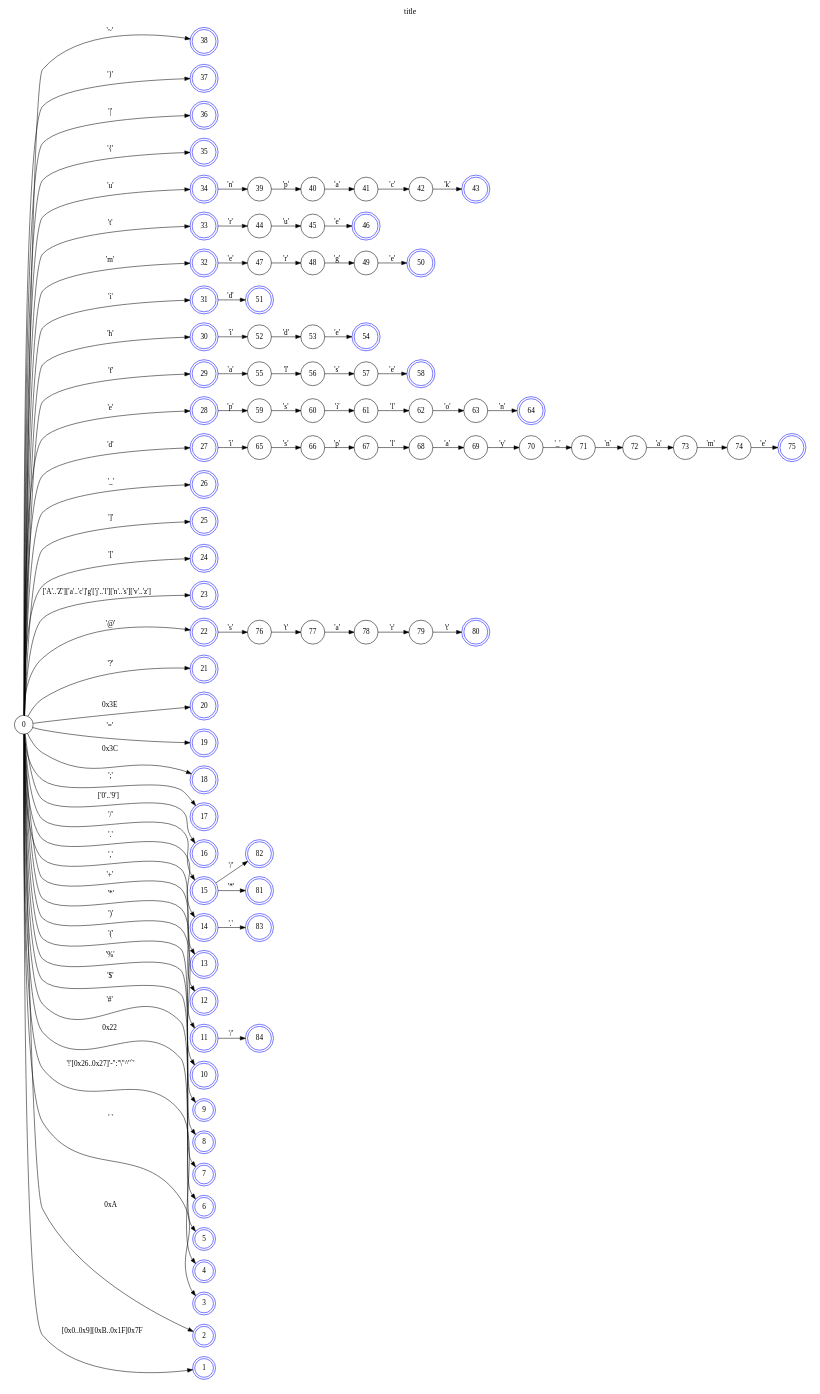
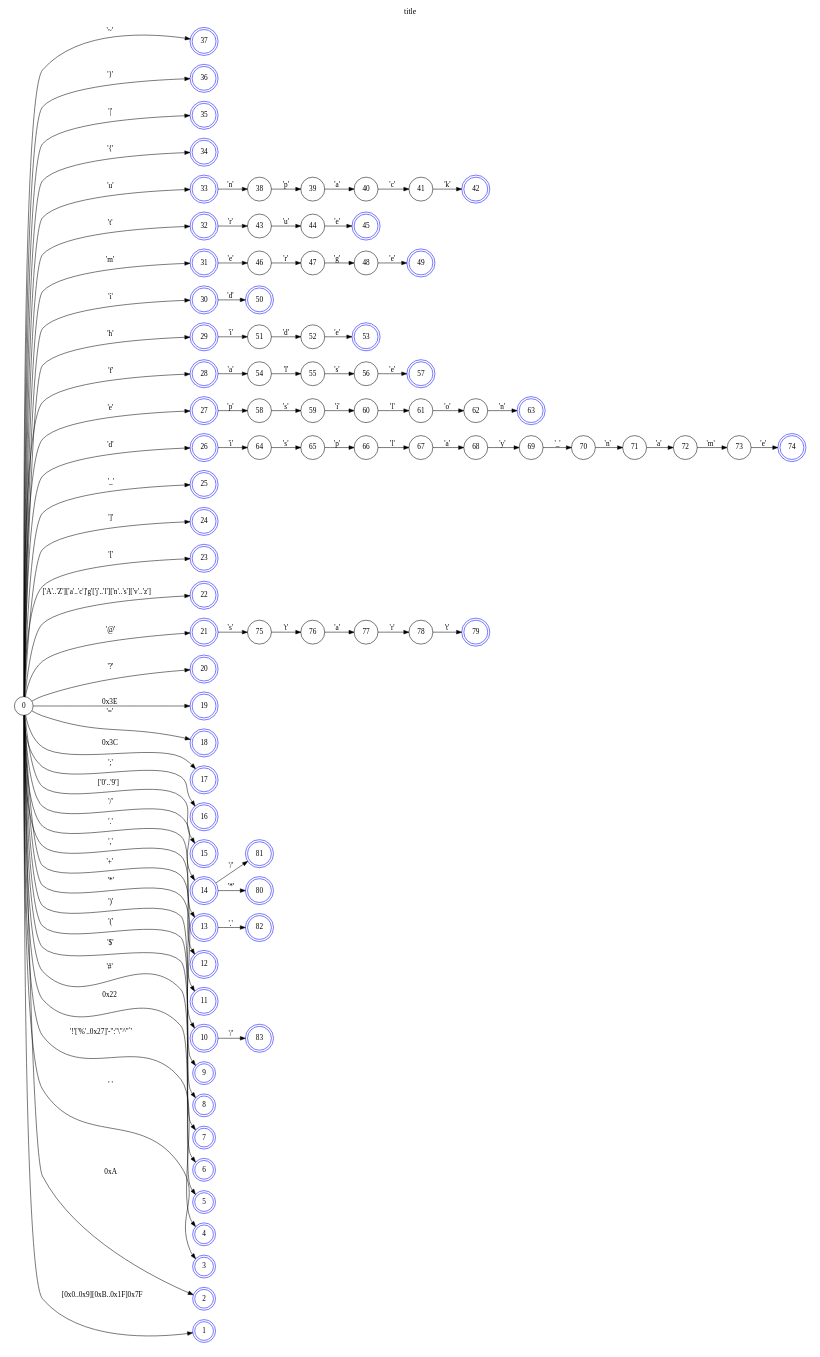
One commit to PsiMasTho/pmt_pika_prs_gen changed the diagram in src/pmt/parser/grammar/terminal_graph.dot. Above: the diagram before and after it, drawn with Graphviz. The commit also changed 49 other files, not shown here.

```diff
--- a/src/pmt/parser/grammar/terminal_graph.dot
+++ b/src/pmt/parser/grammar/terminal_graph.dot
@@ -1,102 +1,101 @@
-/* Generated on: 2026-01-12 21:30:54 */
+/* Generated on: 2026-01-12 22:21:19 */
 
 digraph finite_state_machine {
  rankdir=LR;
  subgraph cluster_states {
  peripheries=0
 
  node [shape=doublecircle, color="#0000ff"]
- 1 2 3 4 5 6 7 8 9 10 11 12 13 14 15 16 17 18 19 20 21 22 23 24 25 26 27 28 29 30 31 32 33 34 35 36 37 38 43 46 50 51 54 58 64 75 80 81 82 83 84
+ 1 2 3 4 5 6 7 8 9 10 11 12 13 14 15 16 17 18 19 20 21 22 23 24 25 26 27 28 29 30 31 32 33 34 35 36 37 42 45 49 50 53 57 63 74 79 80 81 82 83
  node [shape=circle, color="#000000"]
  edge [color="#00ff00"]
  
  edge [color="#000000", style=solid]
- 79 -> 80 [label=<<font color="#000000">'t'</font>>]
- 78 -> 79 [label=<<font color="#000000">'r'</font>>]
- 77 -> 78 [label=<<font color="#000000">'a'</font>>]
- 76 -> 77 [label=<<font color="#000000">'t'</font>>]
- 72 -> 73 [label=<<font color="#000000">'a'</font>>]
- 71 -> 72 [label=<<font color="#000000">'n'</font>>]
- 69 -> 70 [label=<<font color="#000000">'y'</font>>]
- 68 -> 69 [label=<<font color="#000000">'a'</font>>]
- 67 -> 68 [label=<<font color="#000000">'l'</font>>]
- 66 -> 67 [label=<<font color="#000000">'p'</font>>]
- 65 -> 66 [label=<<font color="#000000">'s'</font>>]
- 63 -> 64 [label=<<font color="#000000">'n'</font>>]
- 62 -> 63 [label=<<font color="#000000">'o'</font>>]
- 61 -> 62 [label=<<font color="#000000">'l'</font>>]
- 34 -> 39 [label=<<font color="#000000">'n'</font>>]
- 33 -> 44 [label=<<font color="#000000">'r'</font>>]
- 32 -> 47 [label=<<font color="#000000">'e'</font>>]
- 31 -> 51 [label=<<font color="#000000">'d'</font>>]
- 60 -> 61 [label=<<font color="#000000">'i'</font>>]
- 30 -> 52 [label=<<font color="#000000">'i'</font>>]
- 29 -> 55 [label=<<font color="#000000">'a'</font>>]
- 59 -> 60 [label=<<font color="#000000">'s'</font>>]
- 0 -> 29 [label=<<font color="#000000">'f'</font>>]
- 0 -> 28 [label=<<font color="#000000">'e'</font>>]
- 0 -> 27 [label=<<font color="#000000">'d'</font>>]
- 0 -> 26 [label=<<font color="#000000">'_'</font>>]
- 0 -> 25 [label=<<font color="#000000">']'</font>>]
- 0 -> 24 [label=<<font color="#000000">'['</font>>]
- 0 -> 23 [label=<<font color="#000000">['A'..'Z']['a'..'c']'g'['j'..'l']['n'..'s']['v'..'z']</font>>]
- 0 -> 22 [label=<<font color="#000000">'@'</font>>]
- 0 -> 21 [label=<<font color="#000000">'?'</font>>]
- 0 -> 13 [label=<<font color="#000000">','</font>>]
- 0 -> 30 [label=<<font color="#000000">'h'</font>>]
+ 78 -> 79 [label=<<font color="#000000">'t'</font>>]
+ 77 -> 78 [label=<<font color="#000000">'r'</font>>]
+ 76 -> 77 [label=<<font color="#000000">'a'</font>>]
+ 75 -> 76 [label=<<font color="#000000">'t'</font>>]
+ 71 -> 72 [label=<<font color="#000000">'a'</font>>]
+ 70 -> 71 [label=<<font color="#000000">'n'</font>>]
+ 68 -> 69 [label=<<font color="#000000">'y'</font>>]
+ 67 -> 68 [label=<<font color="#000000">'a'</font>>]
+ 66 -> 67 [label=<<font color="#000000">'l'</font>>]
+ 65 -> 66 [label=<<font color="#000000">'p'</font>>]
+ 64 -> 65 [label=<<font color="#000000">'s'</font>>]
+ 62 -> 63 [label=<<font color="#000000">'n'</font>>]
+ 61 -> 62 [label=<<font color="#000000">'o'</font>>]
+ 60 -> 61 [label=<<font color="#000000">'l'</font>>]
+ 33 -> 38 [label=<<font color="#000000">'n'</font>>]
+ 32 -> 43 [label=<<font color="#000000">'r'</font>>]
+ 31 -> 46 [label=<<font color="#000000">'e'</font>>]
+ 30 -> 50 [label=<<font color="#000000">'d'</font>>]
+ 29 -> 51 [label=<<font color="#000000">'i'</font>>]
+ 59 -> 60 [label=<<font color="#000000">'i'</font>>]
+ 0 -> 29 [label=<<font color="#000000">'h'</font>>]
+ 0 -> 28 [label=<<font color="#000000">'f'</font>>]
+ 0 -> 27 [label=<<font color="#000000">'e'</font>>]
+ 0 -> 26 [label=<<font color="#000000">'d'</font>>]
+ 0 -> 25 [label=<<font color="#000000">'_'</font>>]
+ 0 -> 24 [label=<<font color="#000000">']'</font>>]
+ 0 -> 23 [label=<<font color="#000000">'['</font>>]
+ 0 -> 22 [label=<<font color="#000000">['A'..'Z']['a'..'c']'g'['j'..'l']['n'..'s']['v'..'z']</font>>]
+ 0 -> 12 [label=<<font color="#000000">','</font>>]
+ 0 -> 13 [label=<<font color="#000000">'.'</font>>]
+ 0 -> 30 [label=<<font color="#000000">'i'</font>>]
  0 -> 1 [label=<<font color="#000000">[0x0..0x9][0xB..0x1F]0x7F</font>>]
- 0 -> 31 [label=<<font color="#000000">'i'</font>>]
+ 0 -> 31 [label=<<font color="#000000">'m'</font>>]
  0 -> 2 [label=<<font color="#000000">0xA</font>>]
- 0 -> 32 [label=<<font color="#000000">'m'</font>>]
+ 0 -> 32 [label=<<font color="#000000">'t'</font>>]
  0 -> 3 [label=<<font color="#000000">' '</font>>]
- 0 -> 33 [label=<<font color="#000000">'t'</font>>]
- 0 -> 4 [label=<<font color="#000000">'!'[0x26..0x27]'-'':''\''^''`'</font>>]
- 0 -> 34 [label=<<font color="#000000">'u'</font>>]
+ 0 -> 33 [label=<<font color="#000000">'u'</font>>]
+ 0 -> 4 [label=<<font color="#000000">'!'['%'..0x27]'-'':''\''^''`'</font>>]
+ 0 -> 34 [label=<<font color="#000000">'{'</font>>]
  0 -> 5 [label=<<font color="#000000">0x22</font>>]
- 0 -> 35 [label=<<font color="#000000">'{'</font>>]
+ 0 -> 9 [label=<<font color="#000000">')'</font>>]
+ 0 -> 35 [label=<<font color="#000000">'|'</font>>]
  0 -> 6 [label=<<font color="#000000">'#'</font>>]
- 0 -> 10 [label=<<font color="#000000">')'</font>>]
- 0 -> 36 [label=<<font color="#000000">'|'</font>>]
+ 0 -> 10 [label=<<font color="#000000">'*'</font>>]
+ 0 -> 36 [label=<<font color="#000000">'}'</font>>]
  0 -> 7 [label=<<font color="#000000">'$'</font>>]
- 0 -> 11 [label=<<font color="#000000">'*'</font>>]
- 0 -> 37 [label=<<font color="#000000">'}'</font>>]
- 0 -> 8 [label=<<font color="#000000">'%'</font>>]
- 0 -> 12 [label=<<font color="#000000">'+'</font>>]
- 0 -> 38 [label=<<font color="#000000">'~'</font>>]
- 0 -> 9 [label=<<font color="#000000">'('</font>>]
- 0 -> 14 [label=<<font color="#000000">'.'</font>>]
- 0 -> 15 [label=<<font color="#000000">'/'</font>>]
- 0 -> 16 [label=<<font color="#000000">['0'..'9']</font>>]
- 0 -> 17 [label=<<font color="#000000">';'</font>>]
- 0 -> 18 [label=<<font color="#000000">0x3C</font>>]
- 0 -> 19 [label=<<font color="#000000">'='</font>>]
- 0 -> 20 [label=<<font color="#000000">0x3E</font>>]
- 22 -> 76 [label=<<font color="#000000">'s'</font>>]
- 28 -> 59 [label=<<font color="#000000">'p'</font>>]
- 57 -> 58 [label=<<font color="#000000">'e'</font>>]
- 74 -> 75 [label=<<font color="#000000">'e'</font>>]
- 15 -> 81 [label=<<font color="#000000">'*'</font>>]
- 15 -> 82 [label=<<font color="#000000">'/'</font>>]
- 44 -> 45 [label=<<font color="#000000">'u'</font>>]
- 27 -> 65 [label=<<font color="#000000">'i'</font>>]
- 56 -> 57 [label=<<font color="#000000">'s'</font>>]
- 73 -> 74 [label=<<font color="#000000">'m'</font>>]
- 14 -> 83 [label=<<font color="#000000">'.'</font>>]
- 70 -> 71 [label=<<font color="#000000">'_'</font>>]
- 11 -> 84 [label=<<font color="#000000">'/'</font>>]
- 40 -> 41 [label=<<font color="#000000">'a'</font>>]
- 39 -> 40 [label=<<font color="#000000">'p'</font>>]
- 41 -> 42 [label=<<font color="#000000">'c'</font>>]
- 42 -> 43 [label=<<font color="#000000">'k'</font>>]
- 45 -> 46 [label=<<font color="#000000">'e'</font>>]
- 47 -> 48 [label=<<font color="#000000">'r'</font>>]
- 48 -> 49 [label=<<font color="#000000">'g'</font>>]
- 49 -> 50 [label=<<font color="#000000">'e'</font>>]
- 52 -> 53 [label=<<font color="#000000">'d'</font>>]
- 53 -> 54 [label=<<font color="#000000">'e'</font>>]
- 55 -> 56 [label=<<font color="#000000">'l'</font>>]
+ 0 -> 11 [label=<<font color="#000000">'+'</font>>]
+ 0 -> 37 [label=<<font color="#000000">'~'</font>>]
+ 0 -> 8 [label=<<font color="#000000">'('</font>>]
+ 0 -> 14 [label=<<font color="#000000">'/'</font>>]
+ 0 -> 15 [label=<<font color="#000000">['0'..'9']</font>>]
+ 0 -> 16 [label=<<font color="#000000">';'</font>>]
+ 0 -> 17 [label=<<font color="#000000">0x3C</font>>]
+ 0 -> 18 [label=<<font color="#000000">'='</font>>]
+ 0 -> 19 [label=<<font color="#000000">0x3E</font>>]
+ 0 -> 20 [label=<<font color="#000000">'?'</font>>]
+ 0 -> 21 [label=<<font color="#000000">'@'</font>>]
+ 58 -> 59 [label=<<font color="#000000">'s'</font>>]
+ 28 -> 54 [label=<<font color="#000000">'a'</font>>]
+ 21 -> 75 [label=<<font color="#000000">'s'</font>>]
+ 27 -> 58 [label=<<font color="#000000">'p'</font>>]
+ 56 -> 57 [label=<<font color="#000000">'e'</font>>]
+ 73 -> 74 [label=<<font color="#000000">'e'</font>>]
+ 14 -> 80 [label=<<font color="#000000">'*'</font>>]
+ 14 -> 81 [label=<<font color="#000000">'/'</font>>]
+ 43 -> 44 [label=<<font color="#000000">'u'</font>>]
+ 69 -> 70 [label=<<font color="#000000">'_'</font>>]
+ 10 -> 83 [label=<<font color="#000000">'/'</font>>]
+ 39 -> 40 [label=<<font color="#000000">'a'</font>>]
+ 26 -> 64 [label=<<font color="#000000">'i'</font>>]
+ 55 -> 56 [label=<<font color="#000000">'s'</font>>]
+ 72 -> 73 [label=<<font color="#000000">'m'</font>>]
+ 13 -> 82 [label=<<font color="#000000">'.'</font>>]
+ 38 -> 39 [label=<<font color="#000000">'p'</font>>]
+ 40 -> 41 [label=<<font color="#000000">'c'</font>>]
+ 41 -> 42 [label=<<font color="#000000">'k'</font>>]
+ 44 -> 45 [label=<<font color="#000000">'e'</font>>]
+ 46 -> 47 [label=<<font color="#000000">'r'</font>>]
+ 47 -> 48 [label=<<font color="#000000">'g'</font>>]
+ 48 -> 49 [label=<<font color="#000000">'e'</font>>]
+ 51 -> 52 [label=<<font color="#000000">'d'</font>>]
+ 52 -> 53 [label=<<font color="#000000">'e'</font>>]
+ 54 -> 55 [label=<<font color="#000000">'l'</font>>]
 
  }
 
  graph [label="title", labelloc=t, fontsize=15]
 }
```
